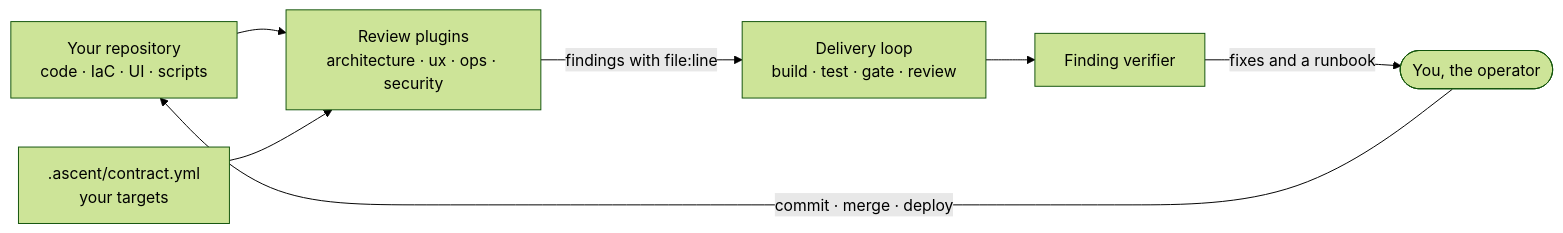
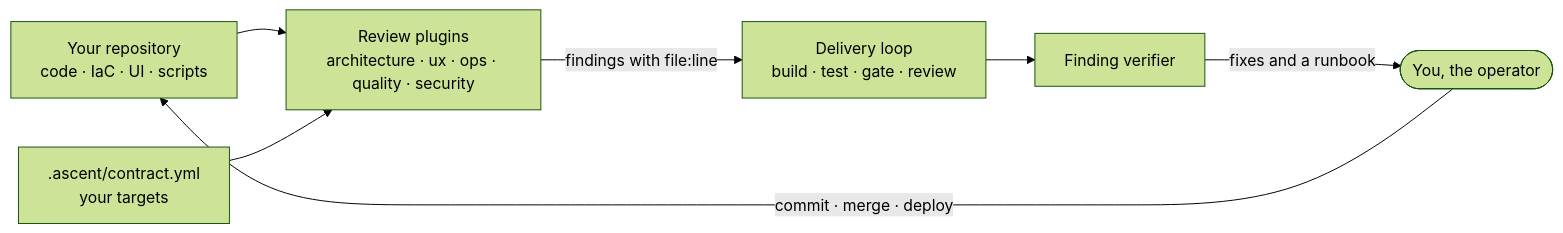
One commit to lloydbrian/lloydbriantech-ascent changed the diagram in README.md. Above: the diagram before and after it, drawn with Mermaid (forest theme). The commit also changed other lines of this file and 54 other files, not shown here.

First line of the commit message:
feat(tools): v0.4.11 — ascent-quality 0.1.0, test strategy (#65)

````diff
--- a/README.md
+++ b/README.md
@@ -90,11 +91,11 @@
 ```mermaid
 flowchart LR
     accTitle: How ASCENT works
     accDescr: The review plugins read your repository and the targets in your contract, and pass findings with file and line to the delivery loop. The finding verifier checks them, and the loop hands you fixes and a runbook. You commit, merge and deploy.
     SRC["Your repository<br/>code · IaC · UI · scripts"] --> R
     C[".ascent/contract.yml<br/>your targets"] --> R
-    R["Review plugins<br/>architecture · ux · ops · security"] -->|"findings with file:line"| D["Delivery loop<br/>build · test · gate · review"]
+    R["Review plugins<br/>architecture · ux · ops · quality · security"] -->|"findings with file:line"| D["Delivery loop<br/>build · test · gate · review"]
     D --> V["Finding verifier"]
     V -->|"fixes and a runbook"| O(["You, the operator"])
     O -->|"commit · merge · deploy"| SRC
 ```
````
